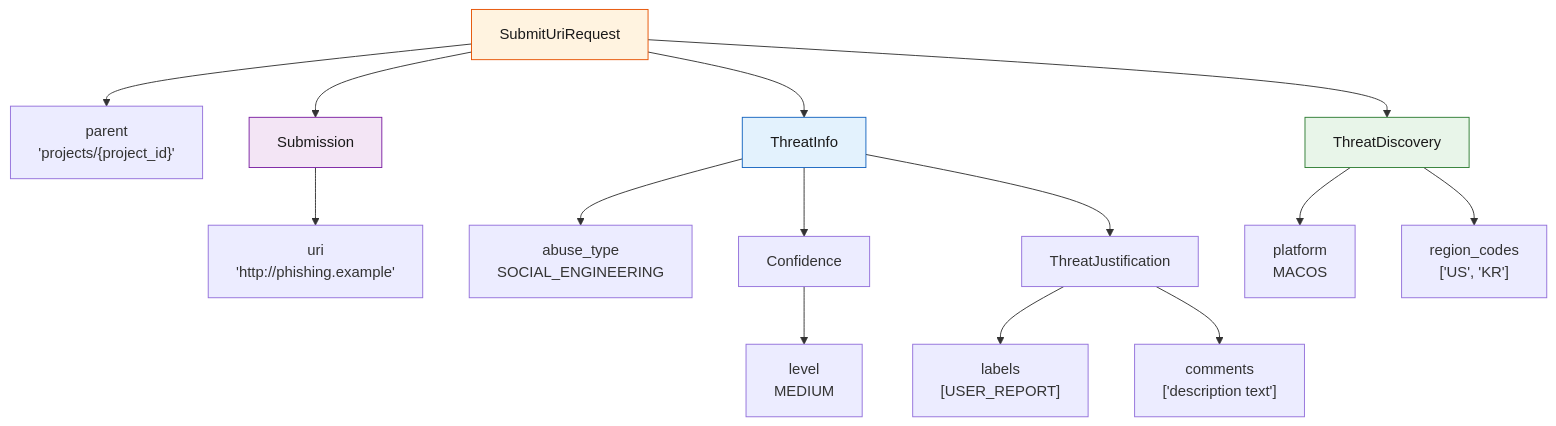
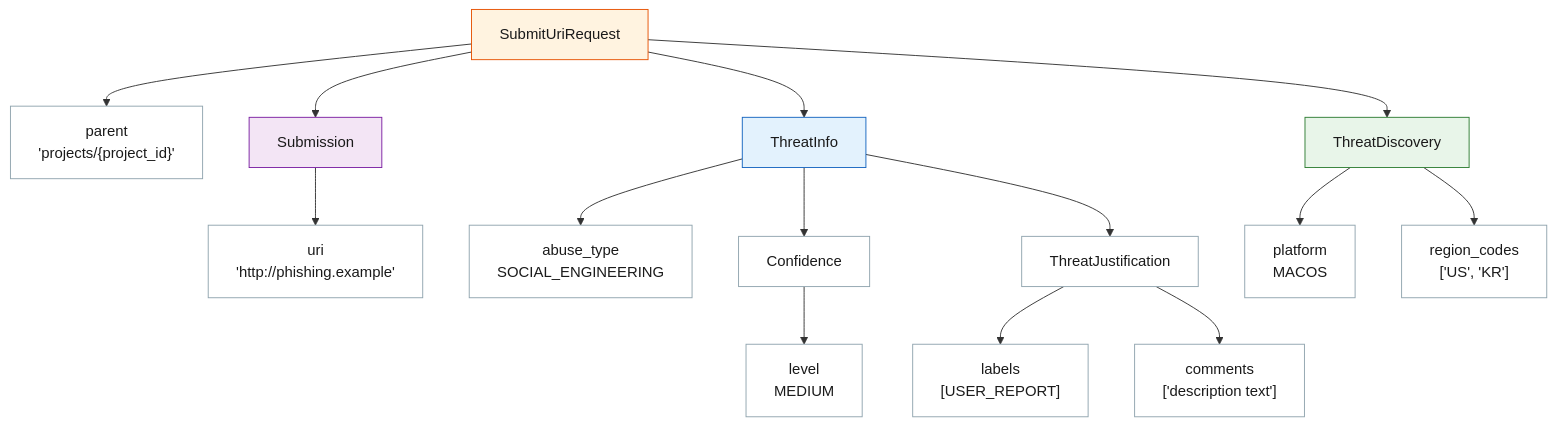
Before and after one commit to kataroya/web-risk-cli: the eighth of 9 diagrams in WORKFLOW_GUIDE.md, drawn with Mermaid. The commit also changed other lines of this file, not shown here.

Commit message:
style: Enhance flowchart styles for improved visual clarity in Workflow Guide

````diff
--- a/WORKFLOW_GUIDE.md
+++ b/WORKFLOW_GUIDE.md
@@ -856,27 +915,37 @@
 ```mermaid
 graph TD
     REQ["SubmitUriRequest"]
     REQ --> PARENT["parent<br/>'projects/{project_id}'"]
     REQ --> SUB["Submission"]
     REQ --> TI["ThreatInfo"]
     REQ --> TD["ThreatDiscovery"]
 
     SUB --> URI["uri<br/>'http://phishing.example'"]
 
     TI --> AT["abuse_type<br/>SOCIAL_ENGINEERING"]
     TI --> TC["Confidence"]
     TI --> TJ["ThreatJustification"]
 
     TC --> CL["level<br/>MEDIUM"]
 
     TJ --> LABELS["labels<br/>[USER_REPORT]"]
     TJ --> COMMENTS["comments<br/>['description text']"]
 
     TD --> PLAT["platform<br/>MACOS"]
     TD --> RC["region_codes<br/>['US', 'KR']"]
 
     style REQ fill:#fff3e0,stroke:#e65100,color:#1a1a1a
+    style PARENT fill:#ffffff,stroke:#90a4ae,color:#1a1a1a
+    style SUB fill:#f3e5f5,stroke:#7b1fa2,color:#1a1a1a
     style TI fill:#e3f2fd,stroke:#1565c0,color:#1a1a1a
     style TD fill:#e8f5e9,stroke:#2e7d32,color:#1a1a1a
-    style SUB fill:#f3e5f5,stroke:#7b1fa2,color:#1a1a1a
+    style URI fill:#ffffff,stroke:#90a4ae,color:#1a1a1a
+    style AT fill:#ffffff,stroke:#90a4ae,color:#1a1a1a
+    style TC fill:#ffffff,stroke:#90a4ae,color:#1a1a1a
+    style TJ fill:#ffffff,stroke:#90a4ae,color:#1a1a1a
+    style CL fill:#ffffff,stroke:#90a4ae,color:#1a1a1a
+    style LABELS fill:#ffffff,stroke:#90a4ae,color:#1a1a1a
+    style COMMENTS fill:#ffffff,stroke:#90a4ae,color:#1a1a1a
+    style PLAT fill:#ffffff,stroke:#90a4ae,color:#1a1a1a
+    style RC fill:#ffffff,stroke:#90a4ae,color:#1a1a1a
 ```
````
